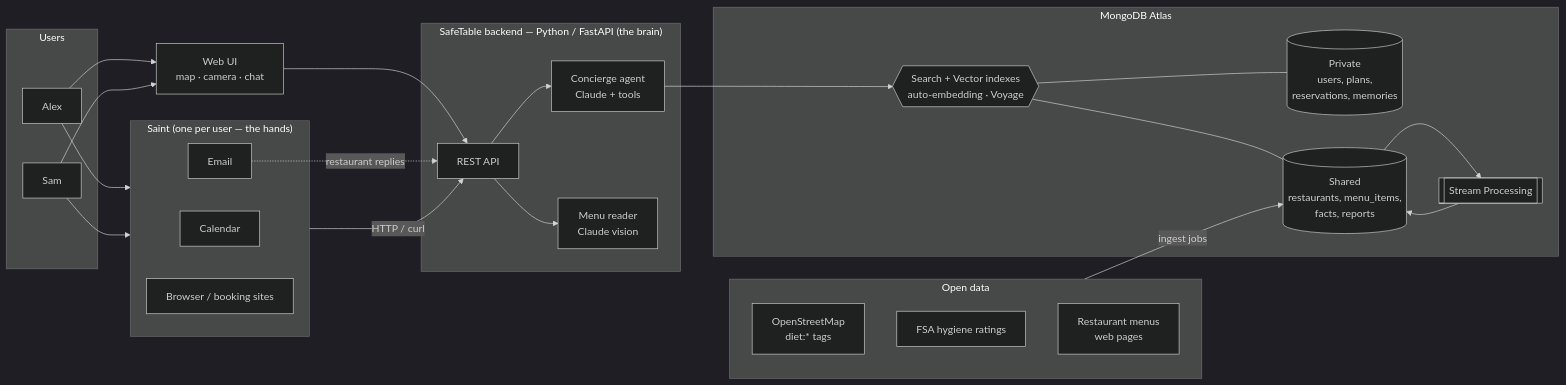
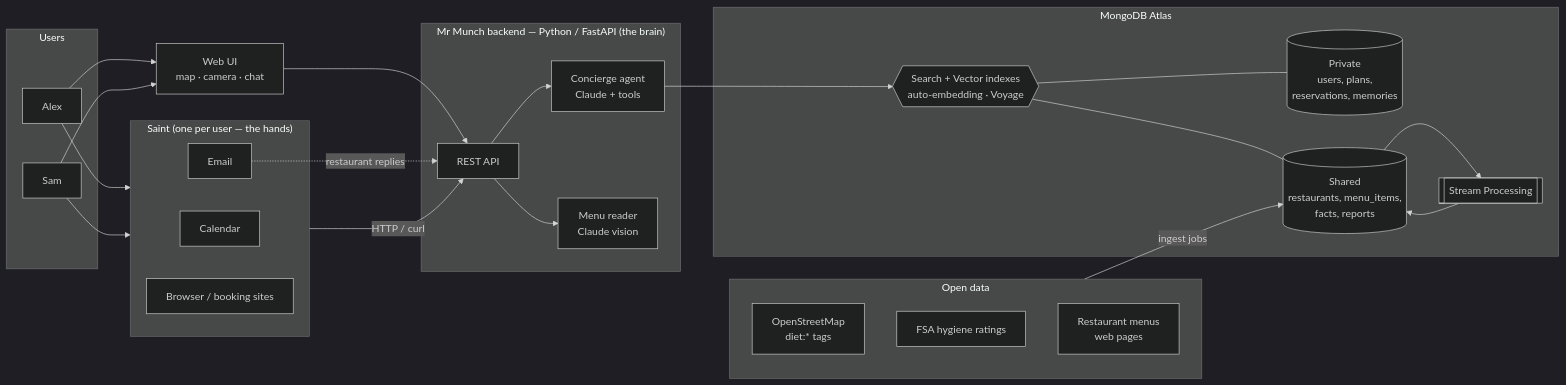
One commit to 0xr3x/mr-munch changed the first of 3 diagrams in docs/DESIGN.md. Above: the diagram before and after it, drawn with Mermaid (dark theme). The commit also changed other lines of this file, not shown here.

Commit message:
Rename project to Mr Munch

````diff
--- a/docs/DESIGN.md
+++ b/docs/DESIGN.md
@@ -35,44 +35,44 @@
 ```mermaid
 flowchart LR
     subgraph Users
         A[Alex] 
         S[Sam]
     end
 
     subgraph Saint["Saint (one per user — the hands)"]
         SE[Email]
         SC[Calendar]
         SB[Browser / booking sites]
     end
 
-    subgraph App["SafeTable backend — Python / FastAPI (the brain)"]
+    subgraph App["Mr Munch backend — Python / FastAPI (the brain)"]
         API[REST API]
         AG[Concierge agent<br/>Claude + tools]
         MR[Menu reader<br/>Claude vision]
     end
 
     subgraph Atlas["MongoDB Atlas"]
         PRIV[(Private<br/>users, plans,<br/>reservations, memories)]
         SHARED[(Shared<br/>restaurants, menu_items,<br/>facts, reports)]
         SP[[Stream Processing]]
         IDX{{Search + Vector indexes<br/>auto-embedding · Voyage}}
     end
 
     subgraph Open["Open data"]
         OSM[OpenStreetMap<br/>diet:* tags]
         FSA[FSA hygiene ratings]
         WEB[Restaurant menus<br/>web pages]
     end
 
     A & S --> Saint
     A & S --> UI[Web UI<br/>map · camera · chat]
     UI --> API
     Saint -->|HTTP / curl| API
     API --> AG
     API --> MR
     AG --> IDX
     IDX --- PRIV & SHARED
     SHARED --> SP --> SHARED
     Open -->|ingest jobs| SHARED
     SE -.->|restaurant replies| API
 ```
````
